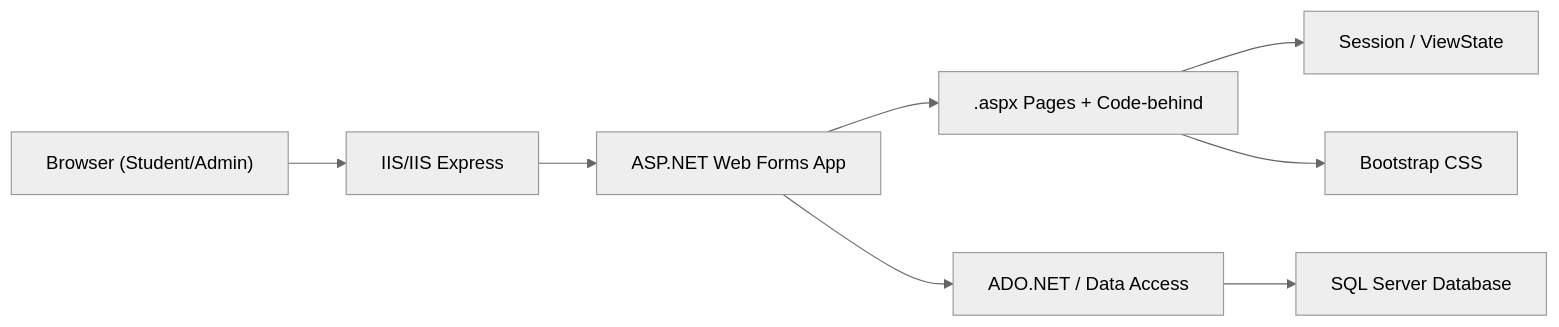
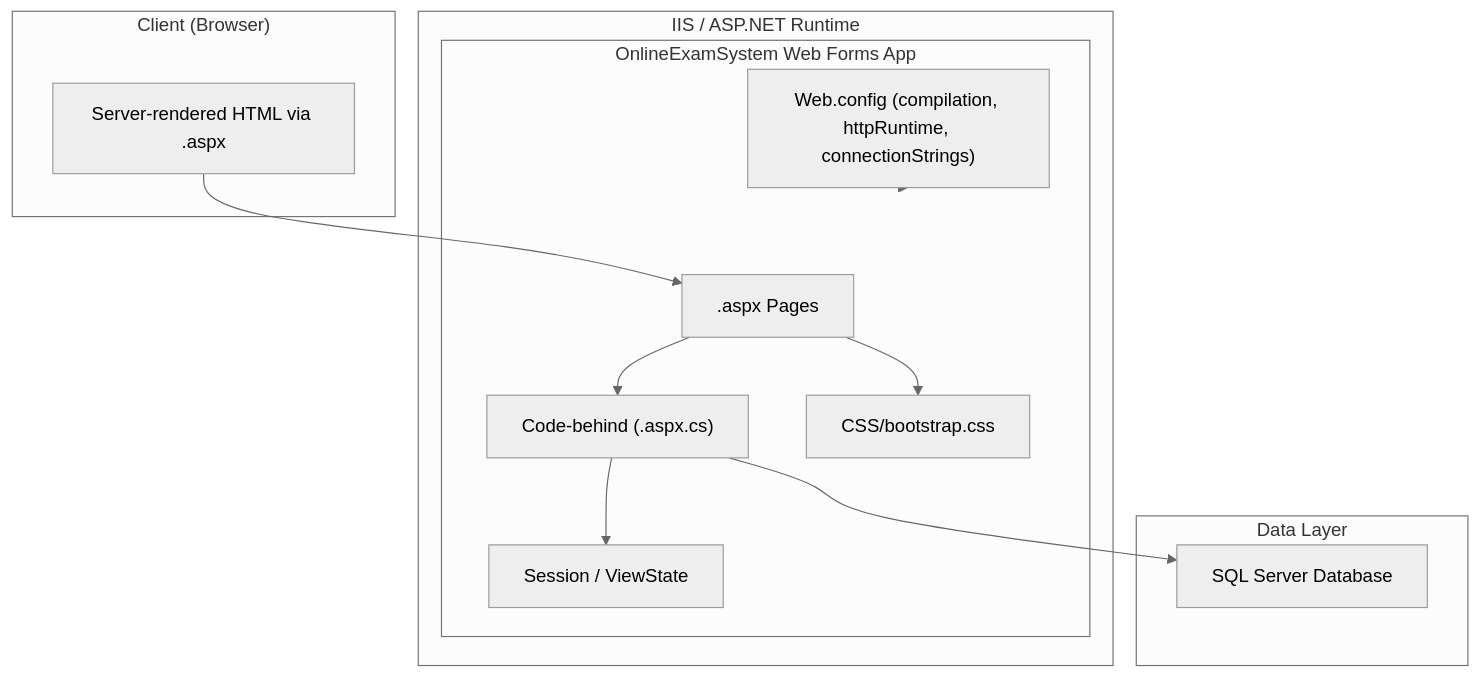
The second of 8 diagrams in docs/Architecture.md (kavia-common/Online-Examination-System-3411), drawn with Mermaid (neutral theme) before and after one commit. The commit also changed other lines of this file and 7 other files, not shown here.

````diff
--- a/docs/Architecture.md
+++ b/docs/Architecture.md
@@ -15,10 +24,27 @@
 ```mermaid
-flowchart LR
-    Browser["Browser (Student/Admin)"] --> IIS["IIS/IIS Express"]
-    IIS --> WebForms["ASP.NET Web Forms App"]
-    WebForms --> UI[".aspx Pages + Code-behind"]
-    UI --> Session["Session / ViewState"]
-    WebForms --> Data["ADO.NET / Data Access"]
-    Data --> SQL["SQL Server Database"]
-    UI --> Bootstrap["Bootstrap CSS"]
+flowchart TB
+    subgraph Client["Client (Browser)"]
+        UI["Server-rendered HTML via .aspx"]
+    end
+
+    subgraph WebHost["IIS / ASP.NET Runtime"]
+        subgraph WebForms["OnlineExamSystem Web Forms App"]
+            Pages[".aspx Pages"]
+            CodeBehind["Code-behind (.aspx.cs)"]
+            State["Session / ViewState"]
+            Config["Web.config (compilation, httpRuntime, connectionStrings)"]
+            Styles["CSS/bootstrap.css"]
+        end
+    end
+
+    subgraph Data["Data Layer"]
+        SQL["SQL Server Database"]
+    end
+
+    UI --> Pages
+    Pages --> CodeBehind
+    CodeBehind --> State
+    CodeBehind --> SQL
+    Pages --> Styles
+    Config --> WebForms
 ```
````
